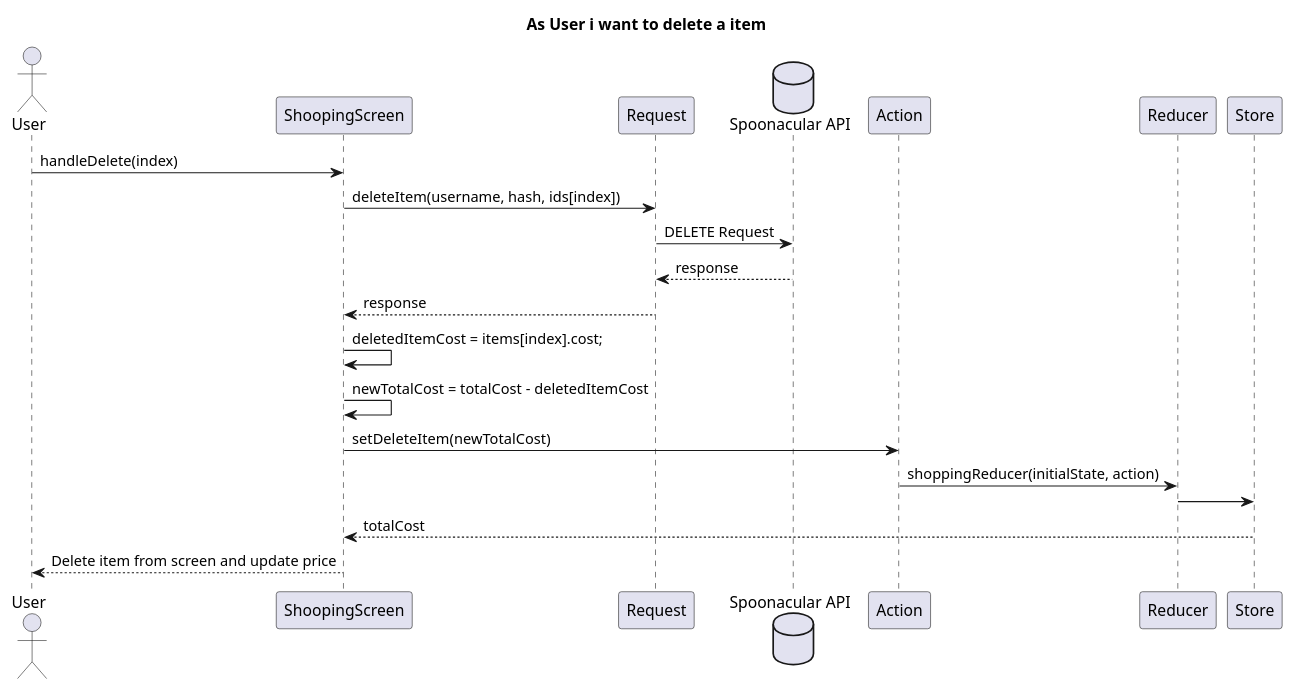
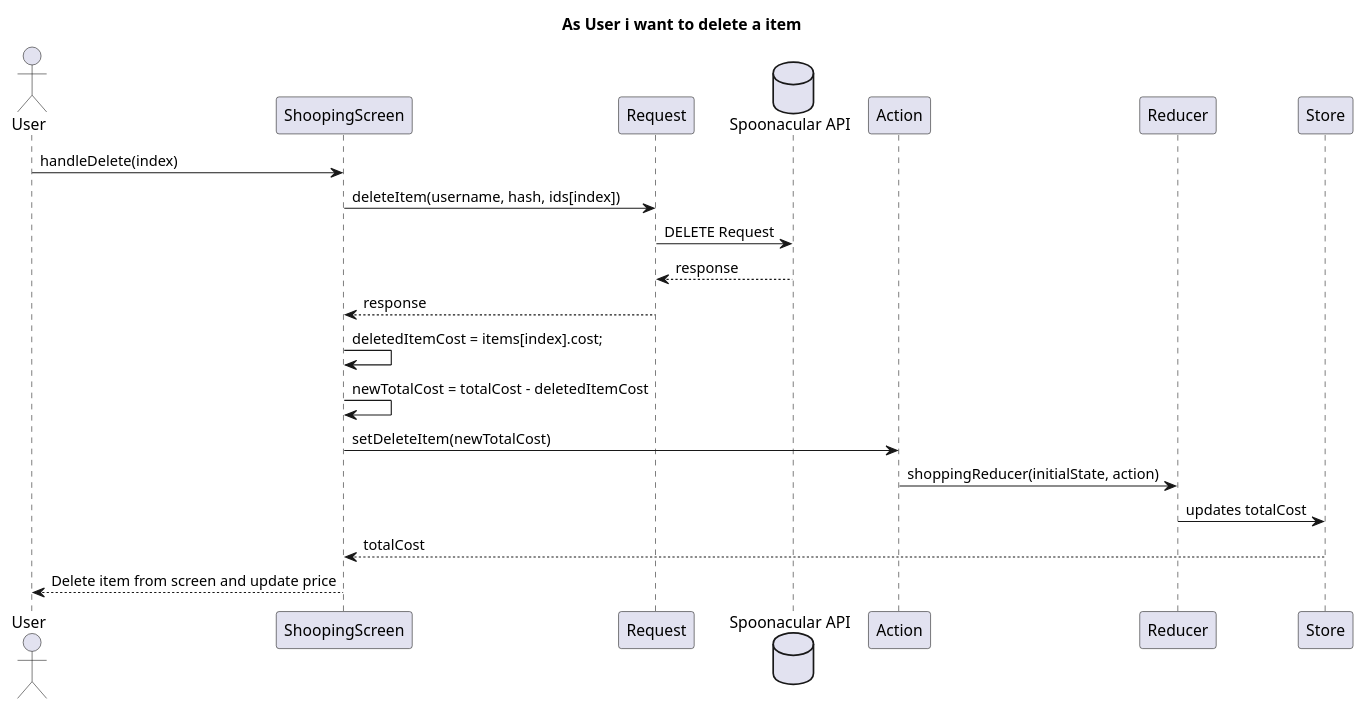
Before and after one commit to IsepMartimOliveira/DSSMV_ProjectReact_1181754: the diagram in OnlineSupertmarket/docs/US/US07/SD.puml, drawn with PlantUML. The commit also changed 6 other files, not shown here.

```diff
--- a/OnlineSupertmarket/docs/US/US07/SD.puml
+++ b/OnlineSupertmarket/docs/US/US07/SD.puml
@@ -1,27 +1,27 @@
 @startuml
 title As User i want to delete a item
 actor User as User
 
 actor User as User
 participant "ShoopingScreen" as Screen
 participant "Request" as Request
 database "Spoonacular API" as Server
 participant "Action" as AR
 participant "Reducer" as RD
 participant "Store" as Store
 
 User->Screen:handleDelete(index)
 Screen->Request:deleteItem(username, hash, ids[index])
 Request->Server:DELETE Request
 Server-->Request:response
 Request-->Screen:response
 Screen->Screen:deletedItemCost = items[index].cost;
 Screen->Screen:newTotalCost = totalCost - deletedItemCost
 
 Screen->AR:setDeleteItem(newTotalCost)
 AR->RD:shoppingReducer(initialState, action)
-RD->Store:
+RD->Store: updates totalCost
 Store-->Screen:totalCost
 Screen-->User:Delete item from screen and update price
 
 @enduml
```
